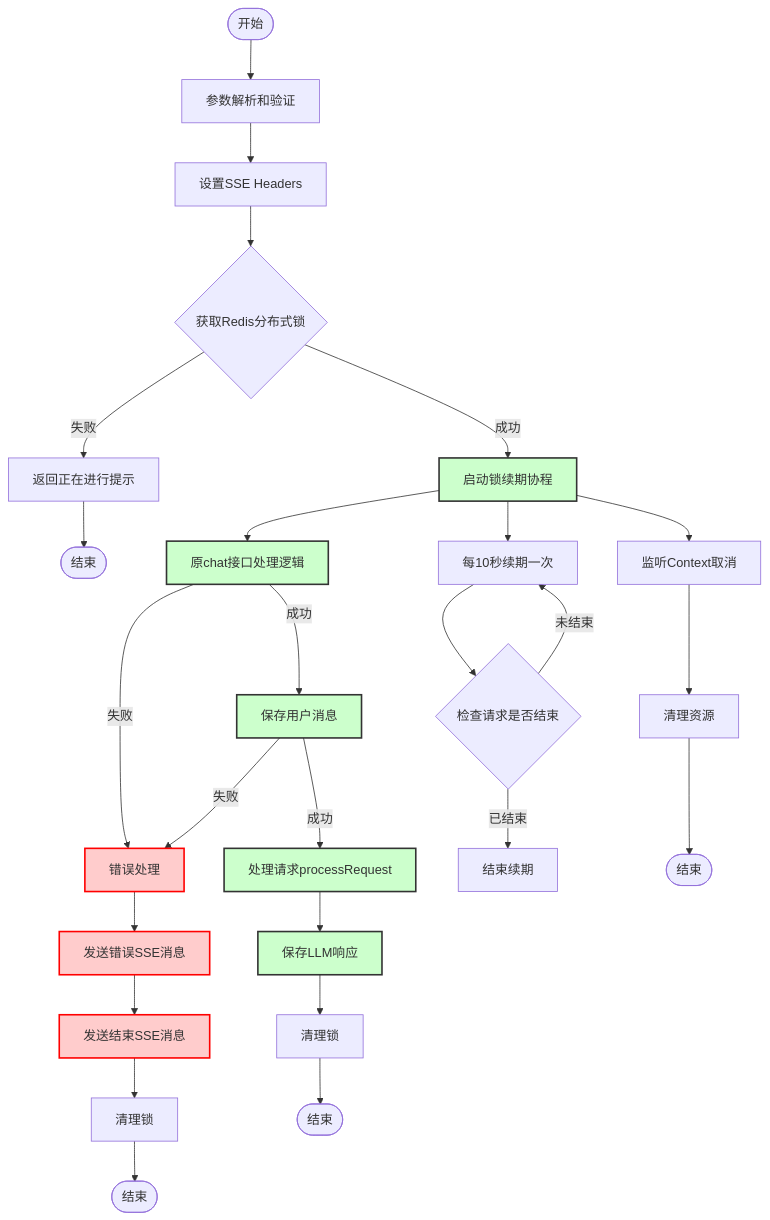
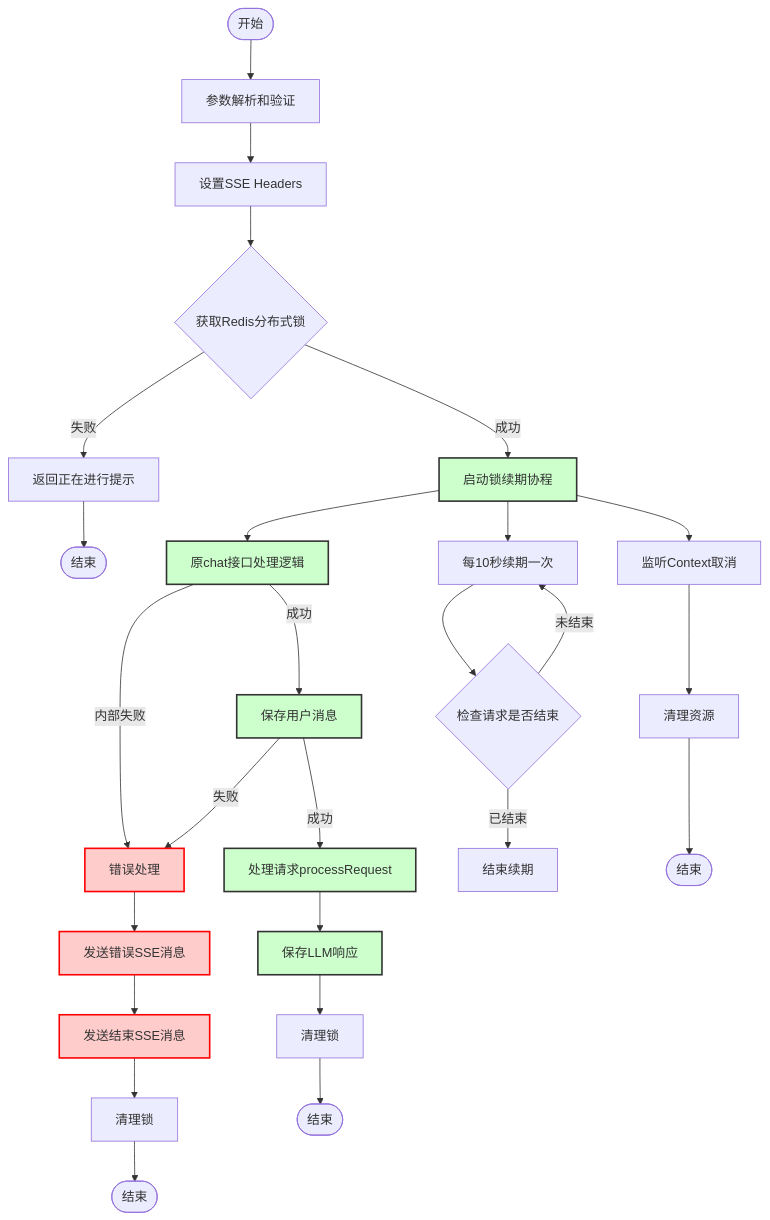
Before and after one commit to yingjianzh/iodraw-files: the diagram in all/未命名-15.md, drawn with Mermaid.

Commit message:
2025-01-02 17:41:49 update

````diff
--- a/all/未命名-15.md
+++ b/all/未命名-15.md
@@ -1,46 +1,46 @@
 ```mermaid
 flowchart TD
     Start([开始]) --> A[参数解析和验证]
     A --> B[设置SSE Headers]
     B --> C{获取Redis分布式锁}
     
     C -->|失败| D[返回正在进行提示]
     D --> End1([结束])
     
     C -->|成功| E[启动锁续期协程]
     E --> F[原chat接口处理逻辑]
     
-    F -->|失败| G[错误处理]
+    F -->|内部失败| G[错误处理]
     F -->|成功| H[保存用户消息]
     
     H -->|失败| G[错误处理]
     H -->|成功| I[处理请求processRequest]
     
     I --> J[保存LLM响应]
     
     %% 错误处理流程
     G --> K[发送错误SSE消息]
     K --> L[发送结束SSE消息]
     L --> M[清理锁]
     M --> End2([结束])
     
     %% 正常结束流程
     J --> N[清理锁]
     N --> End3([结束])
     
     %% 锁续期协程
     E --> O[每10秒续期一次]
     O --> P{检查请求是否结束}
     P -->|未结束| O
     P -->|已结束| Q[结束续期]
     
     %% Context取消监听
     E --> R[监听Context取消]
     R --> S[清理资源]
     S --> End4([结束])
     
     classDef error fill:#ffcccc,stroke:#ff0000,stroke-width:2px
     classDef normal fill:#ccffcc,stroke:#333,stroke-width:2px
     class G,K,L error
     class E,F,H,I,J normal
 ```
````
